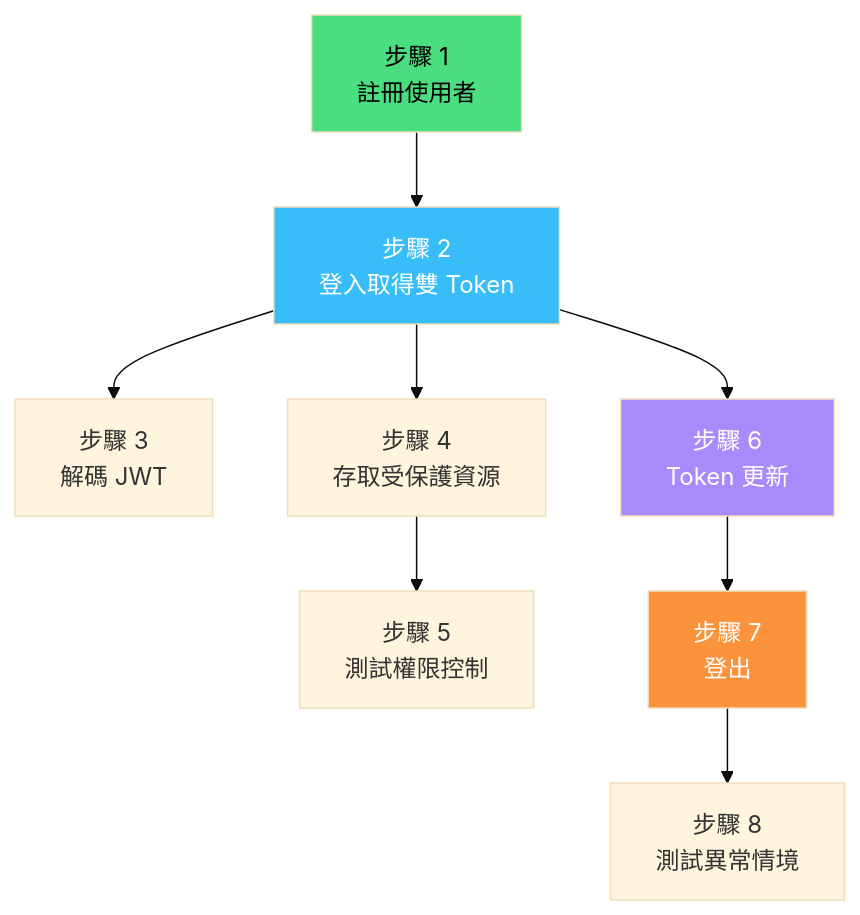
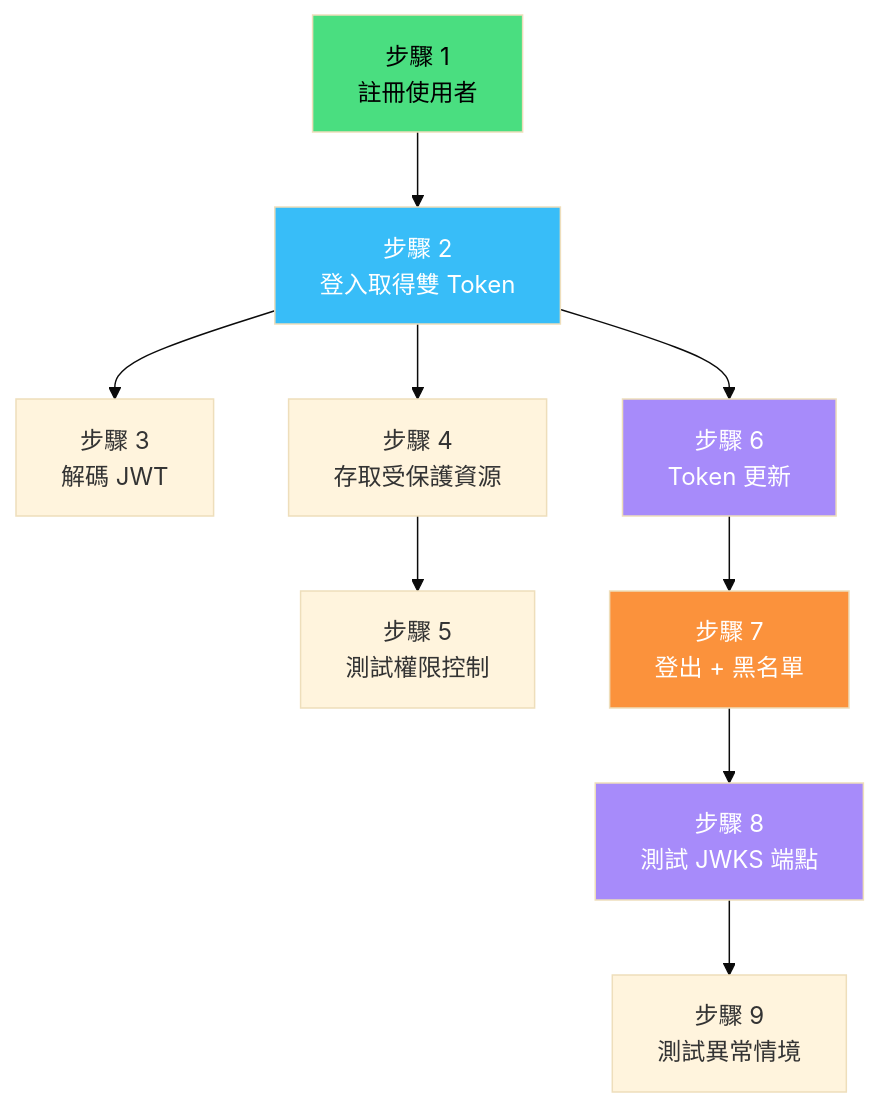
Diagram 18 of 18 in README.md (ChunPingWang/jwt-poc), drawn with Mermaid (base theme) before and after one commit. The commit also changed other lines of this file, not shown here.

First line of the commit message:
文件：更新 README 新增四項進階功能說明與架構圖

````diff
--- a/README.md
+++ b/README.md
@@ -807,15 +1020,17 @@
 ```mermaid
 graph TD
     A["步驟 1<br/>註冊使用者"] --> B["步驟 2<br/>登入取得雙 Token"]
     B --> C["步驟 3<br/>解碼 JWT"]
     B --> D["步驟 4<br/>存取受保護資源"]
     D --> E["步驟 5<br/>測試權限控制"]
     B --> F["步驟 6<br/>Token 更新"]
-    F --> G["步驟 7<br/>登出"]
-    G --> H["步驟 8<br/>測試異常情境"]
+    F --> G["步驟 7<br/>登出 + 黑名單"]
+    G --> H["步驟 8<br/>測試 JWKS 端點"]
+    H --> I["步驟 9<br/>測試異常情境"]
 
     style A fill:#4ade80,color:#000
     style B fill:#38bdf8,color:#fff
     style F fill:#a78bfa,color:#fff
     style G fill:#fb923c,color:#fff
+    style H fill:#a78bfa,color:#fff
 ```
````
